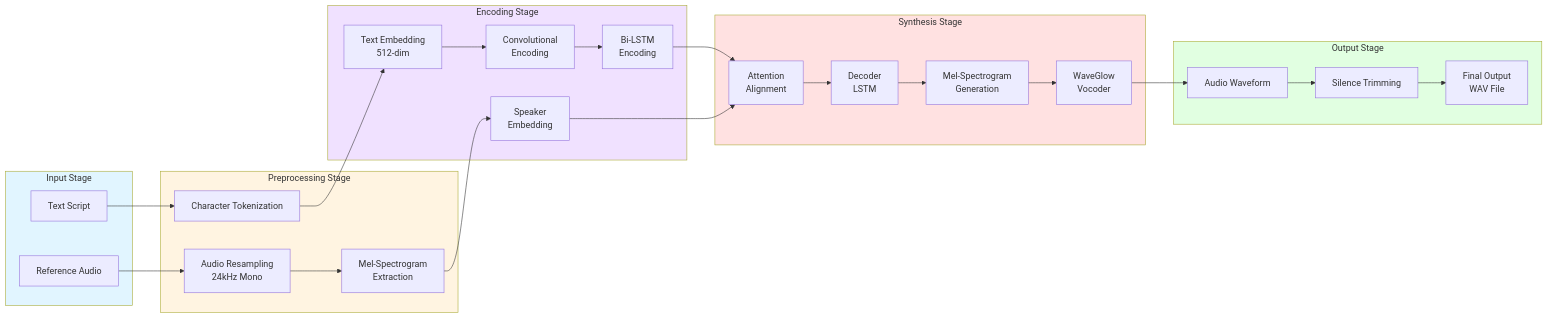
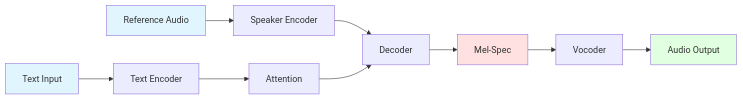
One commit to hvardhan1024/testrepo changed the fourth of 11 diagrams in README.md. Above: the diagram before and after it, drawn with Mermaid. The commit also changed other lines of this file, not shown here.

First line of the commit message:
Revise architecture diagrams and descriptions in README

````diff
--- a/README.md
+++ b/README.md
@@ -383,58 +141,18 @@
 ```mermaid
-flowchart LR
-    subgraph Input["Input Stage"]
-        A1[Text Script]
-        A2[Reference Audio]
-    end
+graph LR
+    Text[Text Input] --> Encoder[Text Encoder]
+    Audio[Reference Audio] --> SpkEnc[Speaker Encoder]
     
-    subgraph Preprocessing["Preprocessing Stage"]
-        B1[Character Tokenization]
-        B2[Audio Resampling<br/>24kHz Mono]
-        B3[Mel-Spectrogram<br/>Extraction]
-    end
+    Encoder --> Attention[Attention]
+    SpkEnc --> Decoder[Decoder]
+    Attention --> Decoder
     
-    subgraph Encoding["Encoding Stage"]
-        C1[Text Embedding<br/>512-dim]
-        C2[Convolutional<br/>Encoding]
-        C3[Bi-LSTM<br/>Encoding]
-        C4[Speaker<br/>Embedding]
-    end
+    Decoder --> Mel[Mel-Spec]
+    Mel --> Vocoder[Vocoder]
+    Vocoder --> Output[Audio Output]
     
-    subgraph Synthesis["Synthesis Stage"]
-        D1[Attention<br/>Alignment]
-        D2[Decoder<br/>LSTM]
-        D3[Mel-Spectrogram<br/>Generation]
-        D4[WaveGlow<br/>Vocoder]
-    end
-    
-    subgraph Output["Output Stage"]
-        E1[Audio Waveform]
-        E2[Silence Trimming]
-        E3[Final Output<br/>WAV File]
-    end
-    
-    A1 --> B1
-    A2 --> B2
-    B2 --> B3
-    
-    B1 --> C1
-    C1 --> C2
-    C2 --> C3
-    B3 --> C4
-    
-    C3 --> D1
-    C4 --> D1
-    D1 --> D2
-    D2 --> D3
-    D3 --> D4
-    
-    D4 --> E1
-    E1 --> E2
-    E2 --> E3
-    
-    style Input fill:#e1f5ff
-    style Preprocessing fill:#fff4e1
-    style Encoding fill:#f0e1ff
-    style Synthesis fill:#ffe1e1
+    style Text fill:#e1f5ff
+    style Audio fill:#e1f5ff
+    style Mel fill:#ffe1e1
     style Output fill:#e1ffe1
 ```
````
